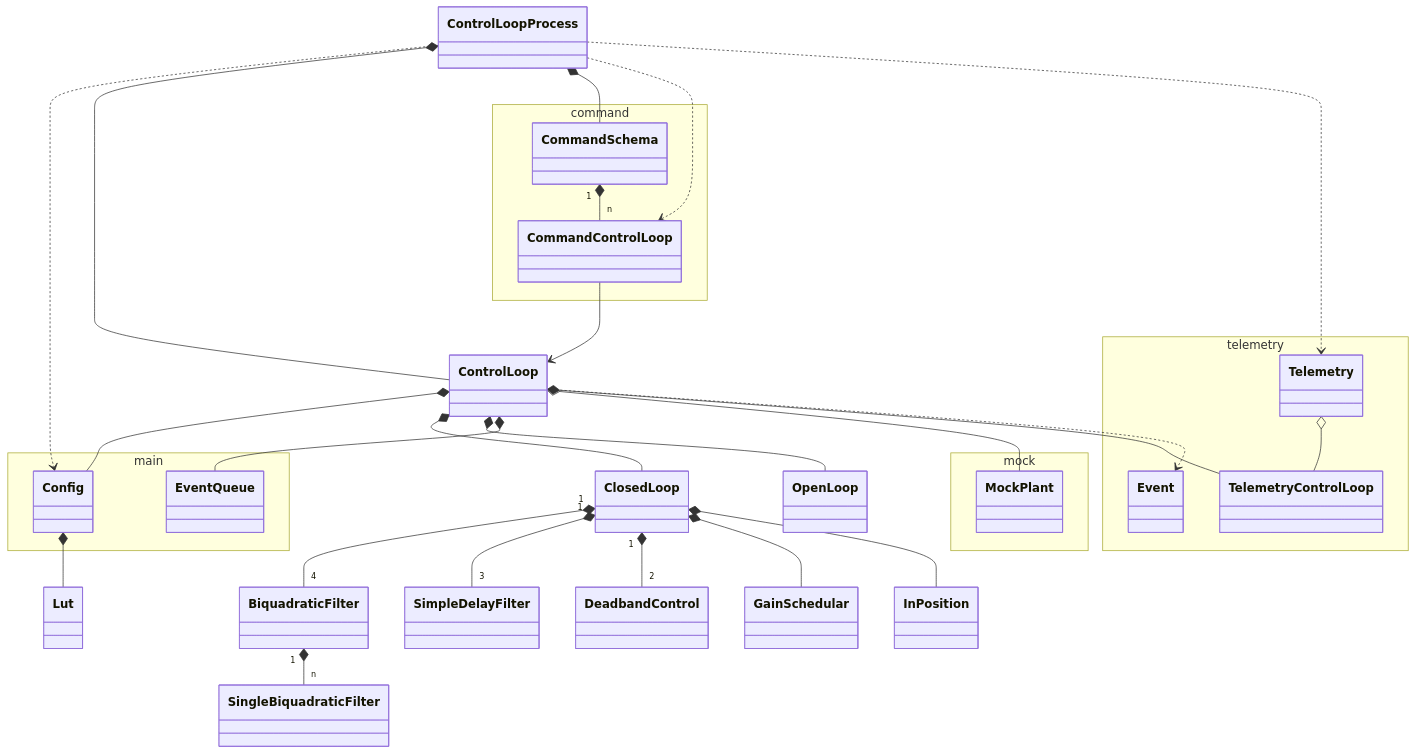
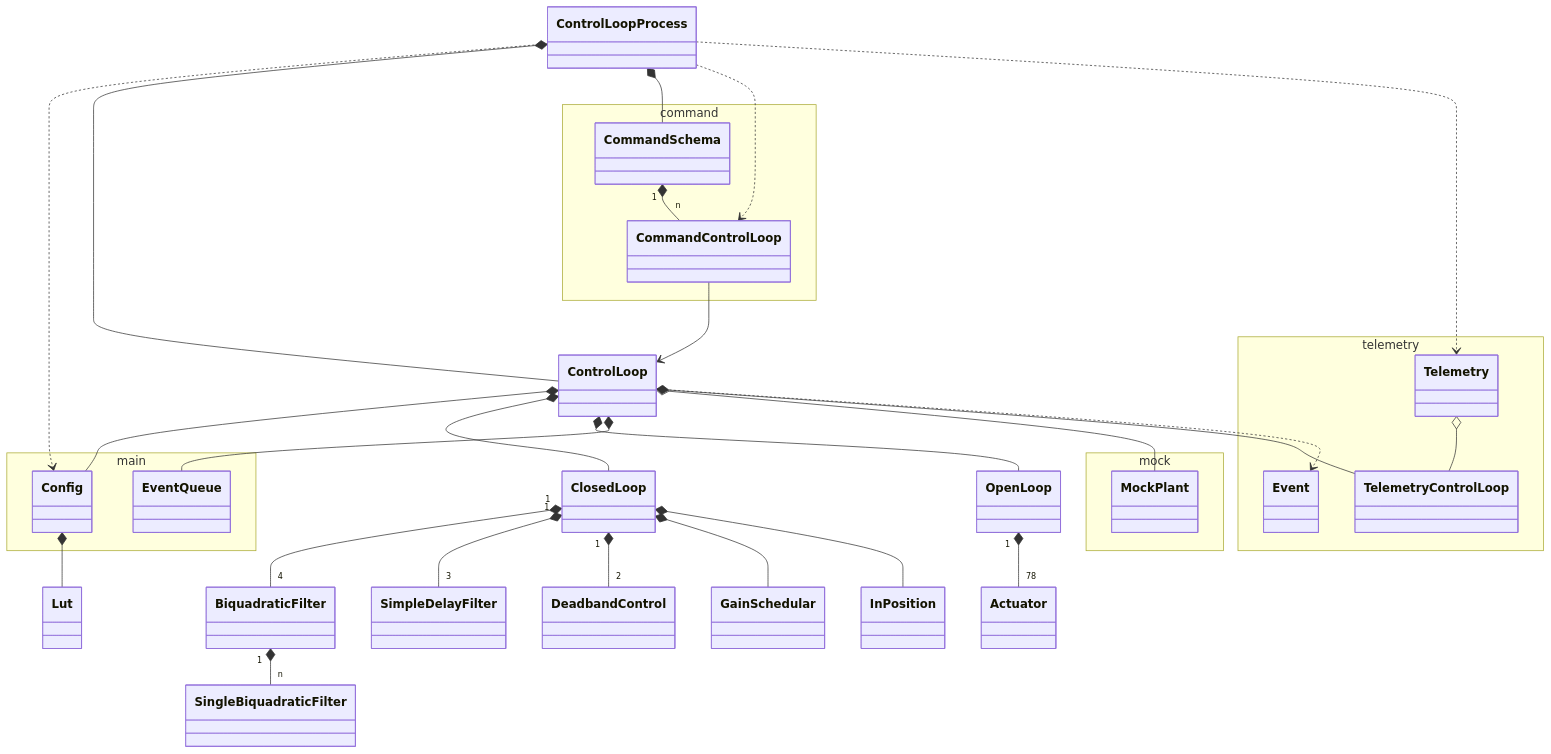
One commit to lsst-ts/ts_mtm2_controller changed the third of 7 diagrams in doc/class_diagram.md. Above: the diagram before and after it, drawn with Mermaid. The commit also changed other lines of this file and 2 other files, not shown here.

Commit message:
Update the documents.

````diff
--- a/doc/class_diagram.md
+++ b/doc/class_diagram.md
@@ -137,53 +139,55 @@
 ```mermaid
 classDiagram
 
 namespace main {
   class Config
   class EventQueue
 }
 
 namespace mock {
   class MockPlant
 }
 
 namespace telemetry {
   class Event
   class Telemetry
   class TelemetryControlLoop
 }
 
 Telemetry o-- TelemetryControlLoop
 
 namespace command {
   class CommandSchema
   class CommandControlLoop
 }
 
 CommandSchema "1" *-- "n" CommandControlLoop
 
 ControlLoopProcess ..> Config
 ControlLoopProcess *-- ControlLoop
 ControlLoopProcess *-- CommandSchema
 ControlLoopProcess ..> CommandControlLoop
 ControlLoopProcess ..> Telemetry
 
 CommandControlLoop --> ControlLoop
 
 ControlLoop *-- Config
 ControlLoop *-- ClosedLoop
 ControlLoop *-- OpenLoop
 ControlLoop *-- TelemetryControlLoop
 ControlLoop *-- EventQueue
 ControlLoop o-- MockPlant
 ControlLoop ..> Event
 
 Config *-- Lut
 
 ClosedLoop "1" *-- "4" BiquadraticFilter
 ClosedLoop "1" *-- "3" SimpleDelayFilter
 ClosedLoop "1" *-- "2" DeadbandControl
 ClosedLoop *-- GainSchedular
 ClosedLoop *-- InPosition
 
 BiquadraticFilter "1" *-- "n" SingleBiquadraticFilter
+
+OpenLoop "1" *-- "78" Actuator
 ```
````
